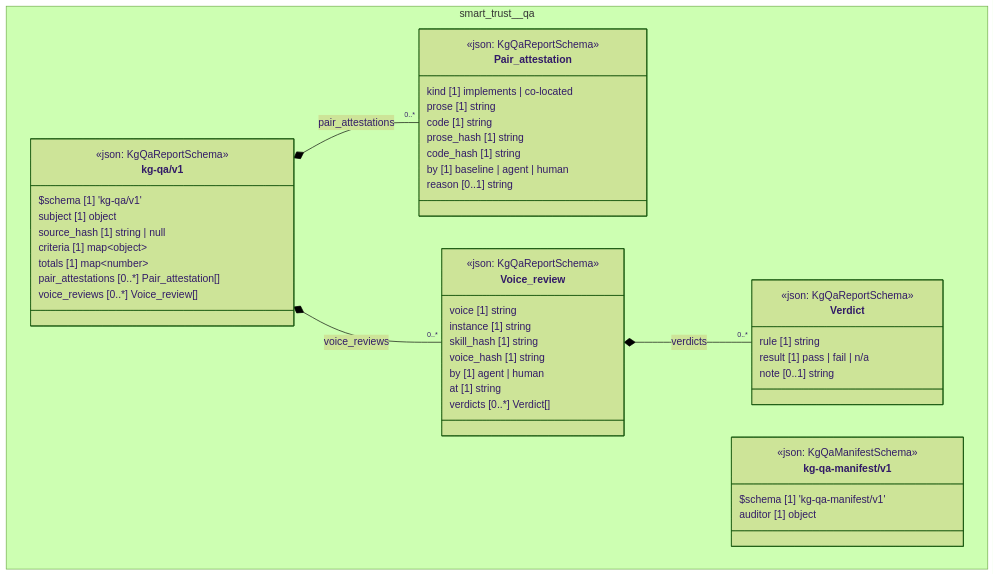
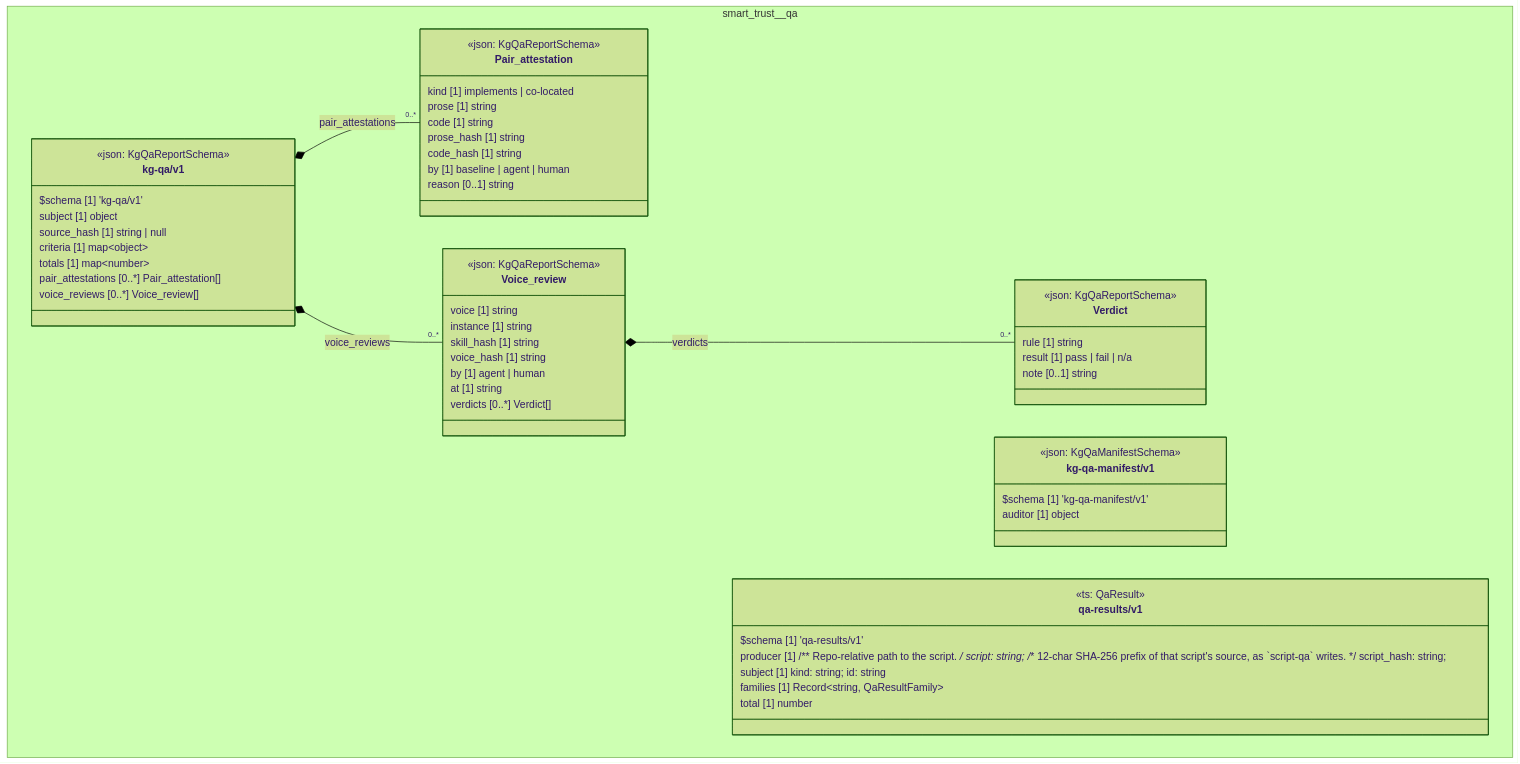
The diagram in cat-harness/uml/overview/smart-trust/qa.mmd (litlfred/folio-assistant), drawn with Mermaid (forest theme) before and after one commit. The commit also changed 30 other files, not shown here.

```diff
--- a/cat-harness/uml/overview/smart-trust/qa.mmd
+++ b/cat-harness/uml/overview/smart-trust/qa.mmd
@@ -1,53 +1,62 @@
 classDiagram
   direction TB
   namespace smart_trust__qa {
     class smart_trust_qa_kg_qa_v1_Pair_attestation["Pair_attestation"] {
       <<json: KgQaReportSchema>>
       kind [1] implements | co-located
       prose [1] string
       code [1] string
       prose_hash [1] string
       code_hash [1] string
       by [1] baseline | agent | human
       reason [0..1] string
     }
     class smart_trust_qa_kg_qa_v1_Verdict["Verdict"] {
       <<json: KgQaReportSchema>>
       rule [1] string
       result [1] pass | fail | n/a
       note [0..1] string
     }
     class smart_trust_qa_kg_qa_v1_Voice_review["Voice_review"] {
       <<json: KgQaReportSchema>>
       voice [1] string
       instance [1] string
       skill_hash [1] string
       voice_hash [1] string
       by [1] agent | human
       at [1] string
       verdicts [0..*] Verdict[]
     }
     class smart_trust_qa_kg_qa_v1_kg_qa_v1["kg-qa/v1"] {
       <<json: KgQaReportSchema>>
       $schema [1] 'kg-qa/v1'
       subject [1] object
       source_hash [1] string | null
       criteria [1] map~object~
       totals [1] map~number~
       pair_attestations [0..*] Pair_attestation[]
       voice_reviews [0..*] Voice_review[]
     }
     class smart_trust_qa_kg_qa_manifest_v1_kg_qa_manifest_v1["kg-qa-manifest/v1"] {
       <<json: KgQaManifestSchema>>
       $schema [1] 'kg-qa-manifest/v1'
       auditor [1] object
     }
+    class smart_trust_qa_qa_results_v1["qa-results/v1"] {
+      <<ts: QaResult>>
+      $schema [1] 'qa-results/v1'
+      producer [1]  /** Repo-relative path to the script. */ script: string; /** 12-char SHA-256 prefix of that script's source, as `script-qa` writes. */ script_hash: string; 
+      subject [1]  kind: string; id: string 
+      families [1] Record~string, QaResultFamily~
+      total [1] number
+    }
   }
   smart_trust_qa_kg_qa_v1_kg_qa_v1 *-- "0..*" smart_trust_qa_kg_qa_v1_Pair_attestation : pair_attestations
   smart_trust_qa_kg_qa_v1_Voice_review *-- "0..*" smart_trust_qa_kg_qa_v1_Verdict : verdicts
   smart_trust_qa_kg_qa_v1_kg_qa_v1 *-- "0..*" smart_trust_qa_kg_qa_v1_Voice_review : voice_reviews
   cssClass "smart_trust_qa_kg_qa_v1_Pair_attestation" fa_uml_kind_qa
   cssClass "smart_trust_qa_kg_qa_v1_Verdict" fa_uml_kind_qa
   cssClass "smart_trust_qa_kg_qa_v1_Voice_review" fa_uml_kind_qa
   cssClass "smart_trust_qa_kg_qa_v1_kg_qa_v1" fa_uml_kind_qa
   cssClass "smart_trust_qa_kg_qa_manifest_v1_kg_qa_manifest_v1" fa_uml_kind_qa
+  cssClass "smart_trust_qa_qa_results_v1" fa_uml_kind_qa
```
